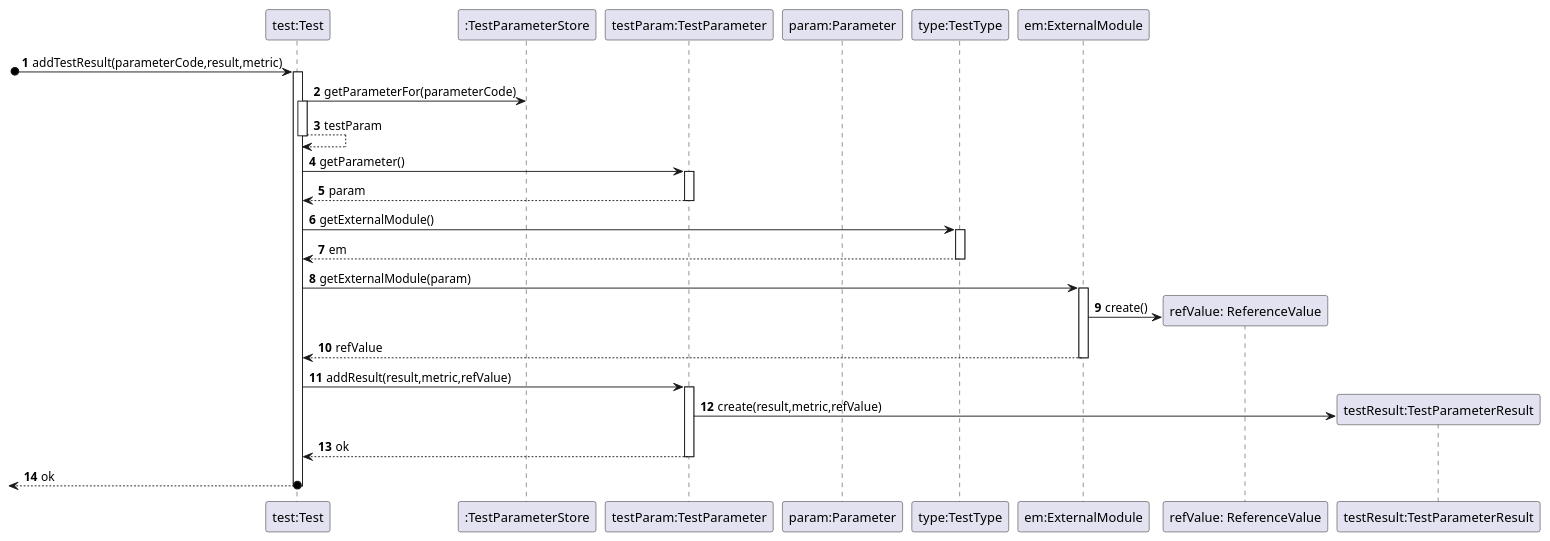
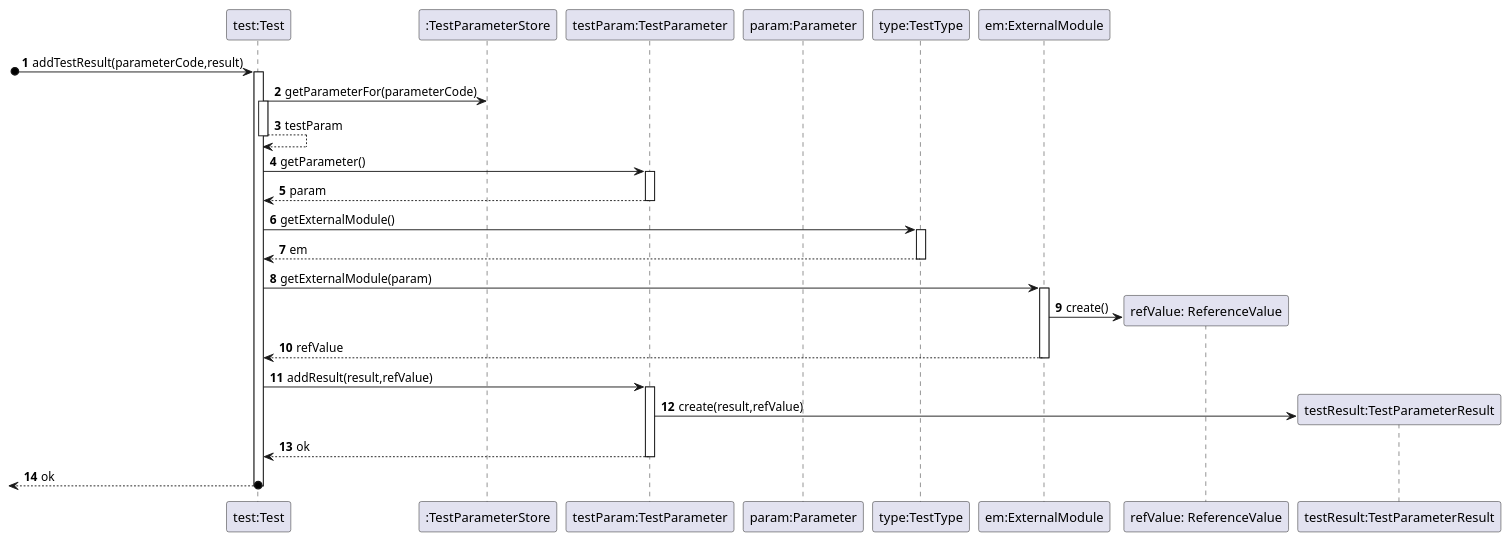
Before and after one commit to MarianaCLages/LAPR2: the diagram in docs/SprintC/US12/SD_AddTestResult(parameterCode,result,metric).puml, drawn with PlantUML. The commit also changed 17 other files, not shown here.

```diff
--- a/docs/SprintC/US12/SD_AddTestResult(parameterCode,result,metric).puml
+++ b/docs/SprintC/US12/SD_AddTestResult(parameterCode,result,metric).puml
@@ -1,43 +1,43 @@
 @startuml
 'https://plantuml.com/sequence-diagram
 
 autonumber
 participant "test:Test" as Test
 participant ":TestParameterStore" as tpStore
 participant "testParam:TestParameter" as TestPa
 participant "param:Parameter" as Param
 participant "type:TestType" as TestTy
 participant "em:ExternalModule" as ExMod
 participant "refValue: ReferenceValue" as RefVal
 participant "testResult:TestParameterResult" as TestParamRes
 
-[o-> Test: addTestResult(parameterCode,result,metric)
+[o-> Test: addTestResult(parameterCode,result)
 activate Test
 Test -> tpStore: getParameterFor(parameterCode)
 activate Test
 Test --> Test: testParam
 deactivate Test
 
 Test -> TestPa: getParameter()
 activate TestPa
 TestPa --> Test: param
 deactivate
 
 Test -> TestTy: getExternalModule()
 activate TestTy
 TestTy --> Test: em
 deactivate
 
 Test -> ExMod: getExternalModule(param)
 activate ExMod
 ExMod -> RefVal**: create()
 ExMod --> Test: refValue
 deactivate
 
-Test -> TestPa: addResult(result,metric,refValue)
+Test -> TestPa: addResult(result,refValue)
 activate TestPa
-TestPa -> TestParamRes**: create(result,metric,refValue)
+TestPa -> TestParamRes**: create(result,refValue)
 return ok
 return ok
 
 @enduml
```
